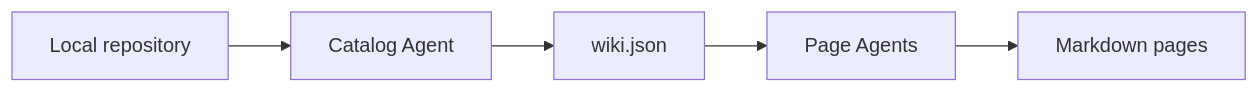
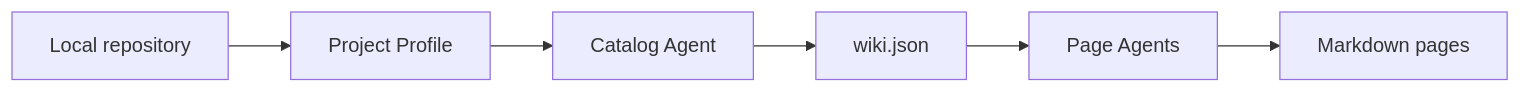
The diagram in examples/sample-wiki/1-overview.md (cyzlmh/yread), drawn with Mermaid before and after one commit. The commit also changed other lines of this file and 11 other files, not shown here.

Commit message:
Release architecture-first wiki schema v2

````diff
--- a/examples/sample-wiki/1-overview.md
+++ b/examples/sample-wiki/1-overview.md
@@ -5,7 +5,8 @@
 ```mermaid
 flowchart LR
-    Repo[Local repository] --> Catalog[Catalog Agent]
+    Repo[Local repository] --> Profile[Project Profile]
+    Profile --> Catalog[Catalog Agent]
     Catalog --> WikiJson[wiki.json]
     WikiJson --> PageAgents[Page Agents]
     PageAgents --> Pages[Markdown pages]
 ```
````
